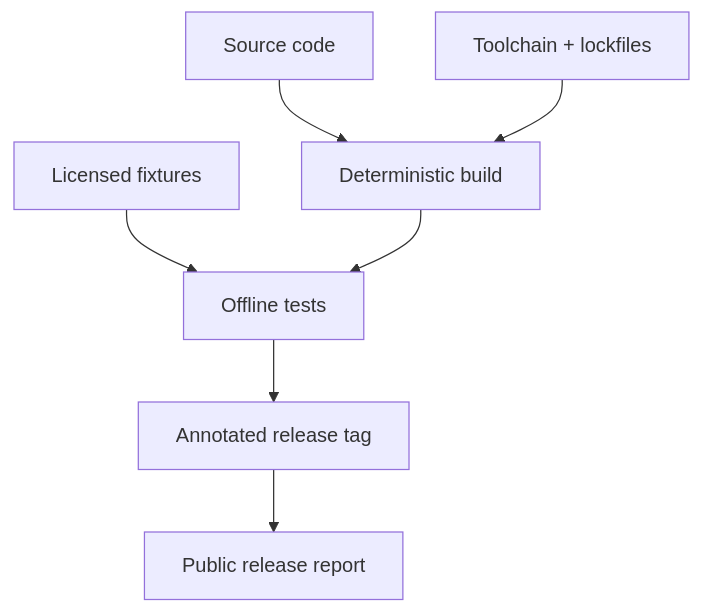
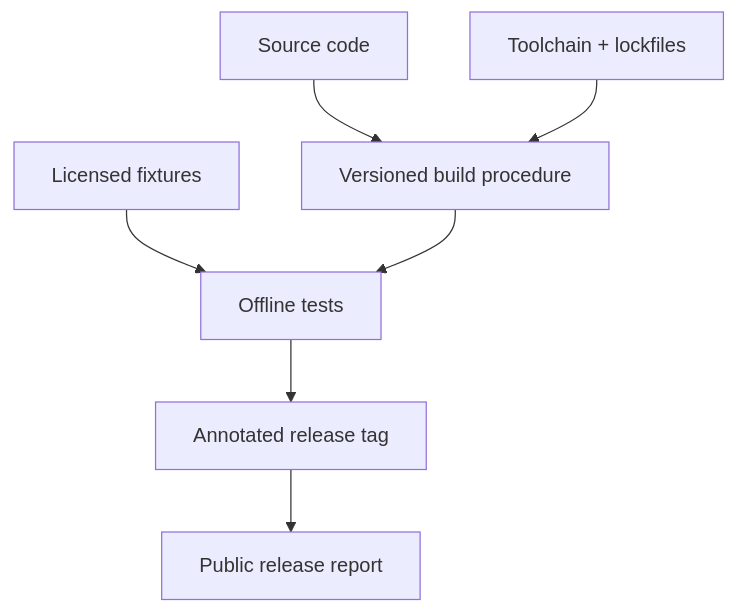
One commit to Ciprian-LocalPulse/OpenLongevityLab changed the diagram in docs/academic/10-reproducibility-protocol.md. Above: the diagram before and after it, drawn with Mermaid. The commit also changed other lines of this file and 85 other files, not shown here.

````diff
--- a/docs/academic/10-reproducibility-protocol.md
+++ b/docs/academic/10-reproducibility-protocol.md
@@ -7,9 +53,9 @@
 ```mermaid
 flowchart TD
-  CODE[Source code] --> BUILD[Deterministic build]
+  CODE[Source code] --> BUILD[Versioned build procedure]
   DATA[Licensed fixtures] --> TEST[Offline tests]
   ENV[Toolchain + lockfiles] --> BUILD
   BUILD --> TEST
   TEST --> TAG[Annotated release tag]
   TAG --> REPORT[Public release report]
 ```
````
